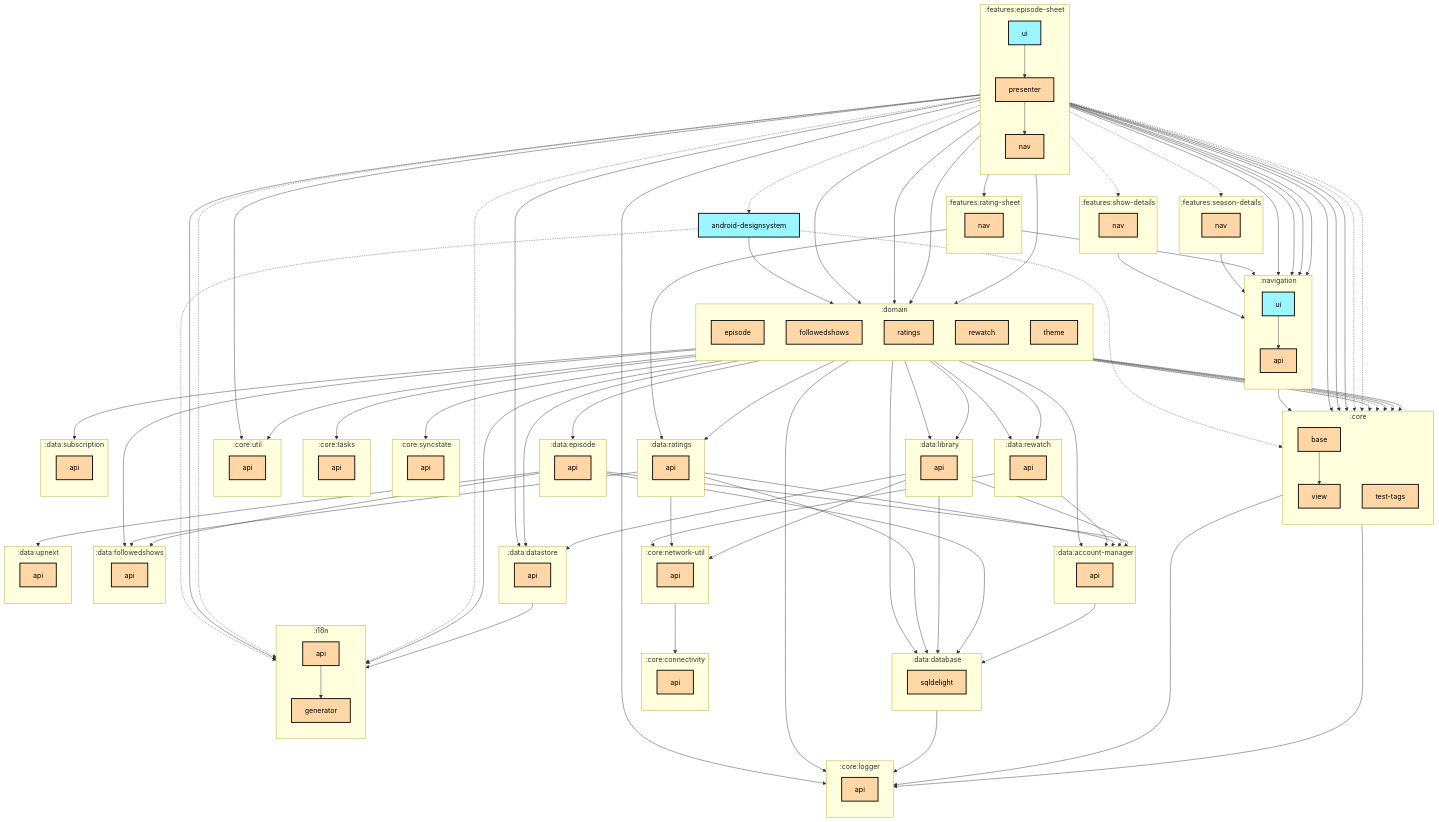
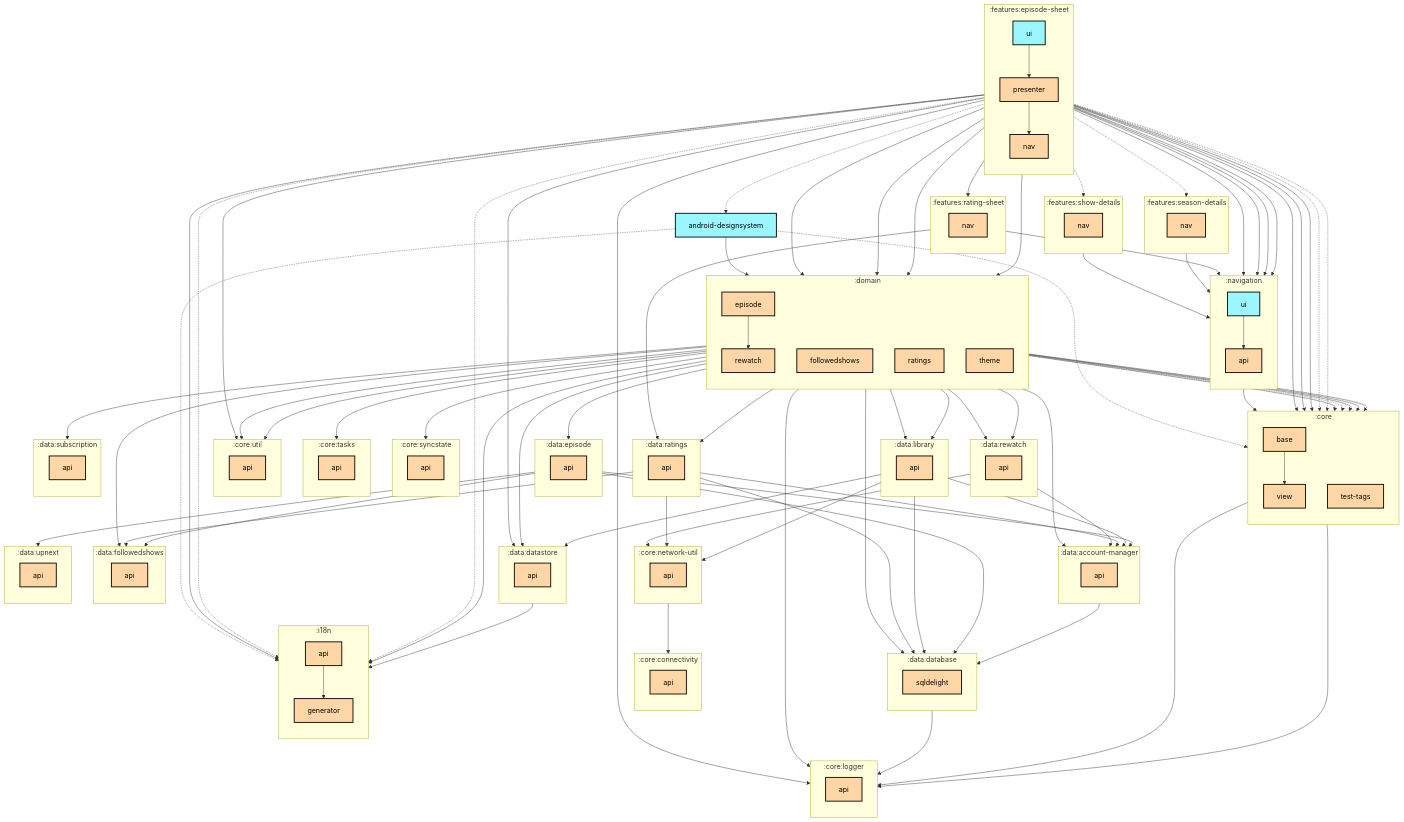
The first of 2 diagrams in features/episode-sheet/ui/README.md (thomaskioko/tv-maniac), drawn with Mermaid before and after one commit. The commit also changed 30 other files, not shown here.

Commit message:
Update graph dependencies

```diff
--- a/features/episode-sheet/ui/README.md
+++ b/features/episode-sheet/ui/README.md
@@ -141,12 +141,14 @@
   :domain:episode --> :core:logger:api
   :domain:episode --> :core:syncstate:api
   :domain:episode --> :core:tasks:api
+  :domain:episode --> :core:util:api
   :domain:episode -.-> :core:view
   :domain:episode --> :data:account-manager:api
   :domain:episode --> :data:database:sqldelight
   :domain:episode --> :data:episode:api
   :domain:episode --> :data:library:api
   :domain:episode --> :data:rewatch:api
+  :domain:episode --> :domain:rewatch
   :domain:followedshows --> :core:base
   :domain:followedshows --> :data:followedshows:api
   :domain:followedshows --> :data:library:api
```
